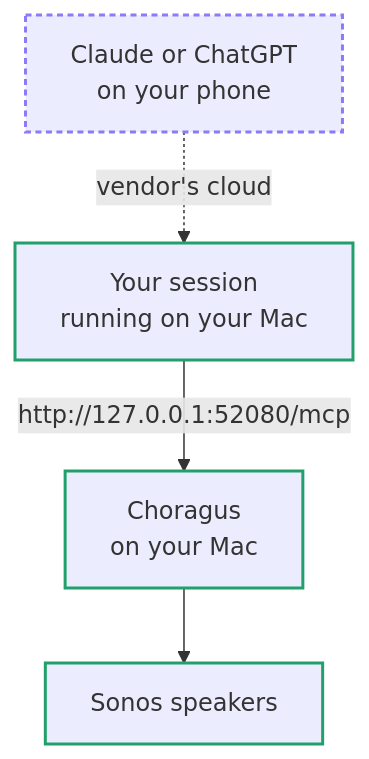
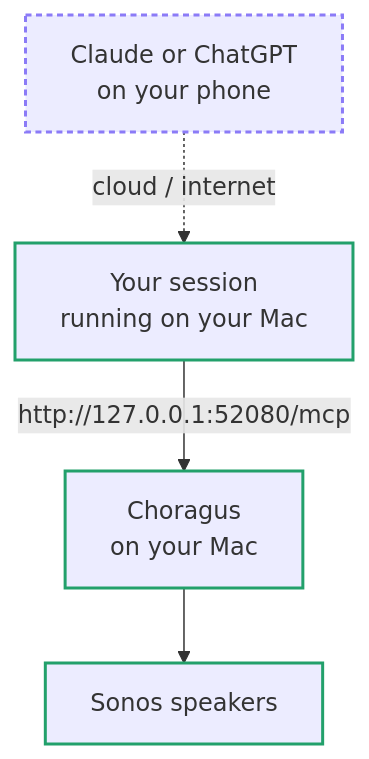
The diagram in docs/diagrams/level4-phone.mmd (scottwaters/Choragus), drawn with Mermaid before and after one commit. The commit also changed 2 other files, not shown here.

Commit message:
docs: Level 4 diagram edge reads "cloud / internet"

```diff
--- a/docs/diagrams/level4-phone.mmd
+++ b/docs/diagrams/level4-phone.mmd
@@ -1,9 +1,9 @@
 flowchart TB
-    P["Claude or ChatGPT<br/>on your phone"] -.->|"vendor's cloud"| S["Your session<br/>running on your Mac"]
+    P["Claude or ChatGPT<br/>on your phone"] -.->|"cloud / internet"| S["Your session<br/>running on your Mac"]
     S -->|"http://127.0.0.1:52080/mcp"| C["Choragus<br/>on your Mac"]
     C --> K["Sonos speakers"]
 
     classDef local stroke:#22a06b,stroke-width:2px
     classDef cloud stroke:#8b7bf7,stroke-width:2px,stroke-dasharray: 4 3
     class S,C,K local
     class P cloud
```
